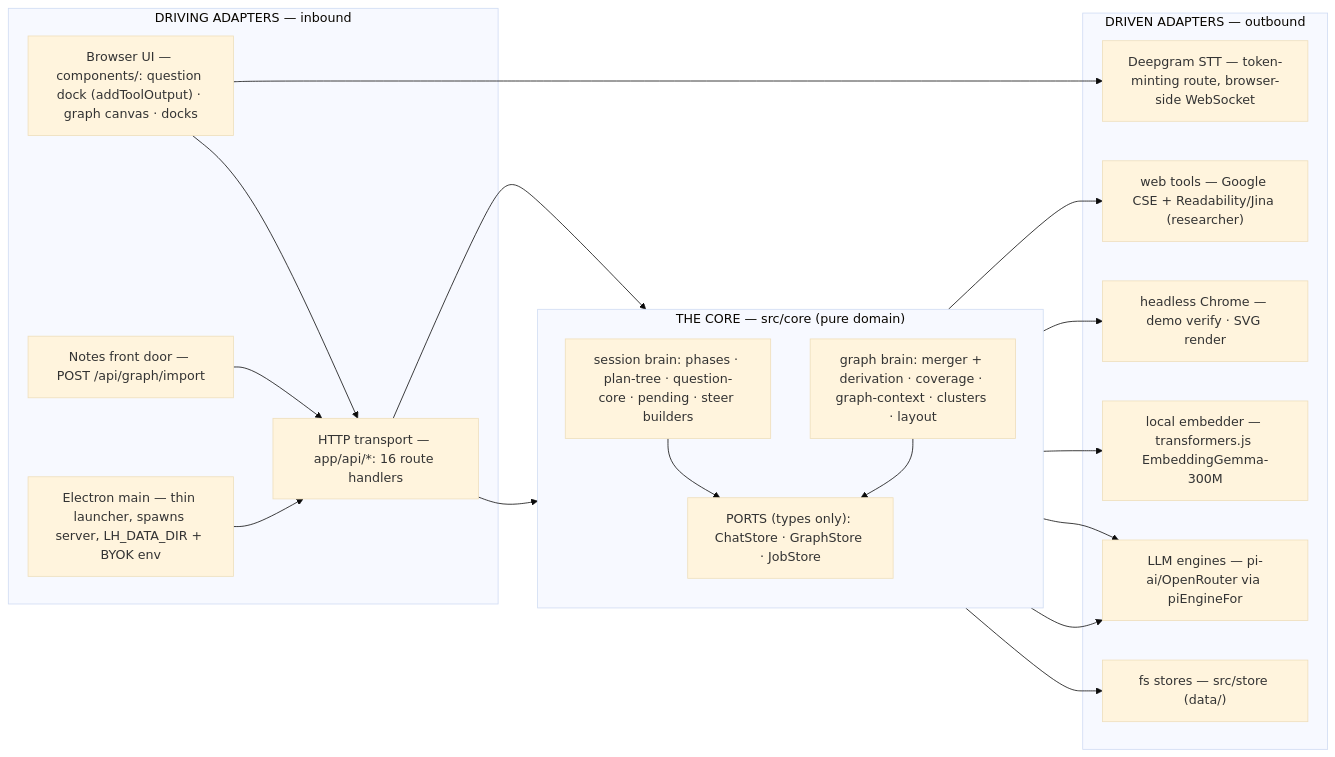
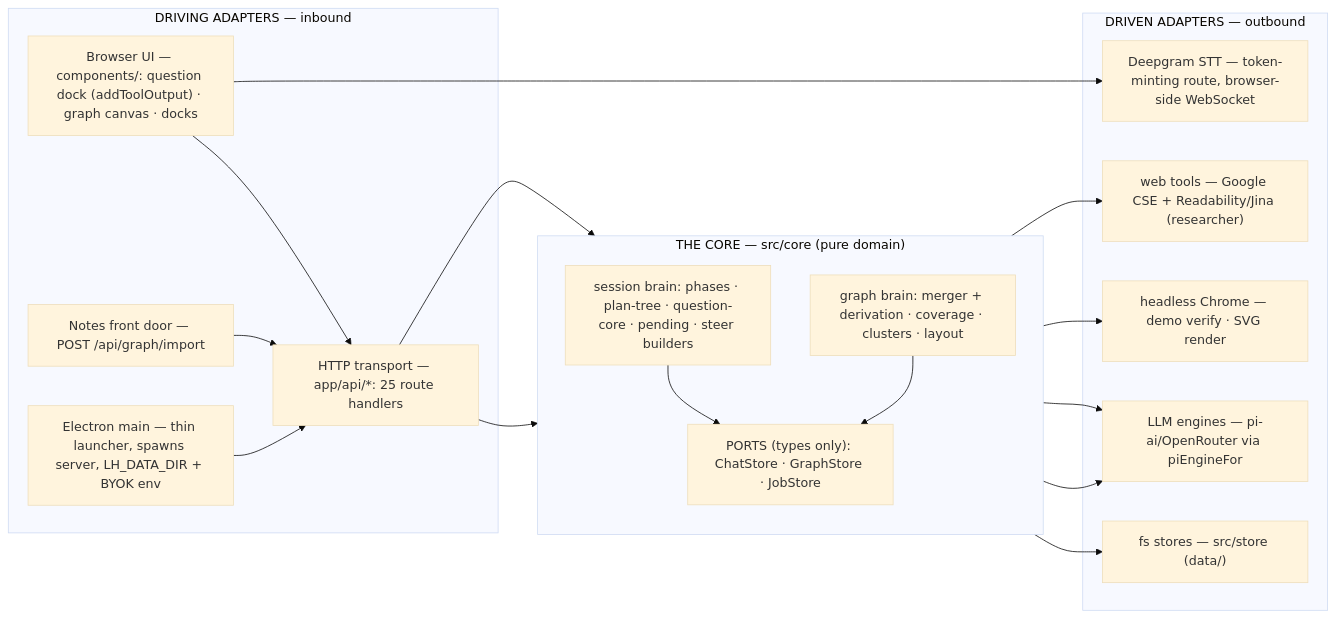
One commit to 0xCUB3/learnharness changed the second of 7 diagrams in docs/architecture.md. Above: the diagram before and after it, drawn with Mermaid (base theme). The commit also changed other lines of this file and 4 other files, not shown here.

````diff
--- a/docs/architecture.md
+++ b/docs/architecture.md
@@ -169,40 +169,38 @@
 ```mermaid
 flowchart LR
     subgraph DRIVING["DRIVING ADAPTERS — inbound"]
         BROWSER["Browser UI — components/: question dock (addToolOutput) · graph canvas · docks"]
-        HTTP["HTTP transport — app/api/*: 16 route handlers"]
+        HTTP["HTTP transport — app/api/*: 25 route handlers"]
         NOTES["Notes front door — POST /api/graph/import"]
         ELEC["Electron main — thin launcher, spawns server, LH_DATA_DIR + BYOK env"]
     end
 
     subgraph HEXCORE["THE CORE — src/core (pure domain)"]
         direction TB
         SESS["session brain: phases · plan-tree · question-core · pending · steer builders"]
-        GBRAIN["graph brain: merger + derivation · coverage · graph-context · clusters · layout"]
+        GBRAIN["graph brain: merger + derivation · coverage · clusters · layout"]
         PORTSBOX["PORTS (types only): ChatStore · GraphStore · JobStore"]
     end
 
     subgraph DRIVEN["DRIVEN ADAPTERS — outbound"]
         FS["fs stores — src/store (data/)"]
         LLM["LLM engines — pi-ai/OpenRouter via piEngineFor"]
-        EMBED["local embedder — transformers.js EmbeddingGemma-300M"]
         HEAD["headless Chrome — demo verify · SVG render"]
         DEEP["Deepgram STT — token-minting route, browser-side WebSocket"]
         WEB["web tools — Google CSE + Readability/Jina (researcher)"]
     end
 
     BROWSER --> HTTP
     NOTES --> HTTP
     ELEC --> HTTP
     HTTP --> SESS
     HTTP --> GBRAIN
     SESS --> PORTSBOX
     GBRAIN --> PORTSBOX
     PORTSBOX --> FS
     SESS --> LLM
     GBRAIN --> LLM
-    GBRAIN --> EMBED
     SESS --> HEAD
     SESS --> WEB
     BROWSER --> DEEP
 ```
````
